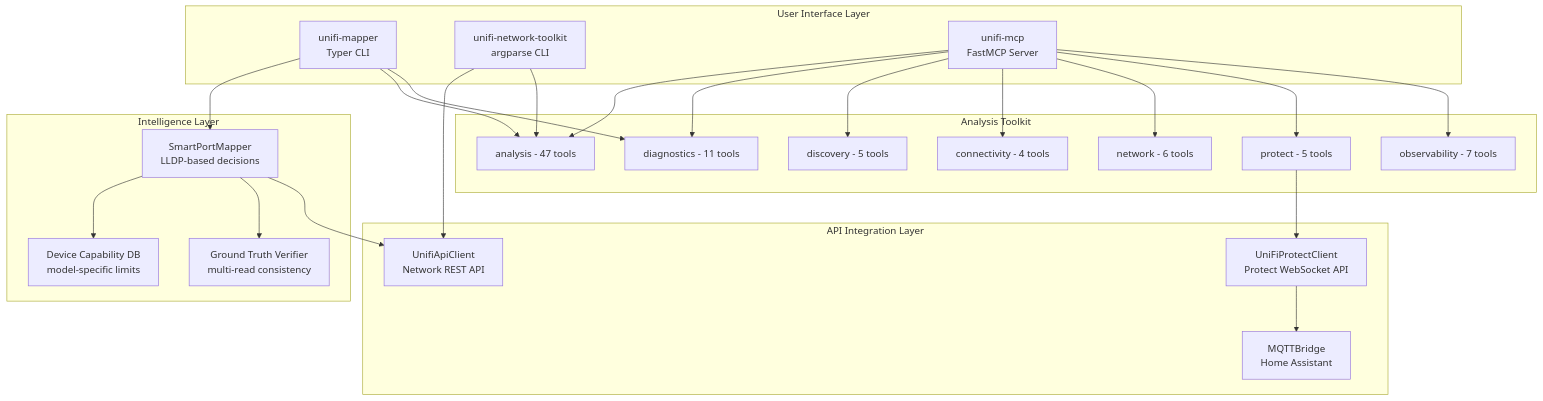
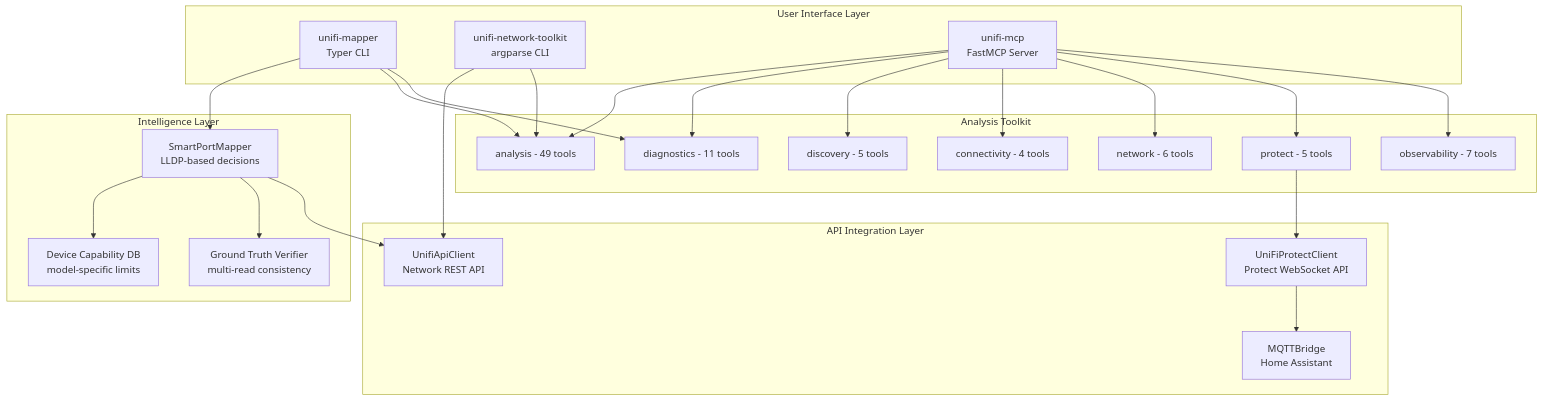
Before and after one commit to NetDevAutomate/unifi_management_cli: diagram 20 of 20 in docs/guides/use-cases-and-howto.md, drawn with Mermaid. The commit also changed other lines of this file and 19 other files, not shown here.

````diff
--- a/docs/guides/use-cases-and-howto.md
+++ b/docs/guides/use-cases-and-howto.md
@@ -1877,50 +1902,50 @@
 ```mermaid
 flowchart TB
     subgraph UI["User Interface Layer"]
         A[unifi-mapper<br/>Typer CLI]
         B[unifi-network-toolkit<br/>argparse CLI]
         C[unifi-mcp<br/>FastMCP Server]
     end
 
     subgraph Intel["Intelligence Layer"]
         D[SmartPortMapper<br/>LLDP-based decisions]
         E[Device Capability DB<br/>model-specific limits]
         F[Ground Truth Verifier<br/>multi-read consistency]
     end
 
     subgraph Analysis["Analysis Toolkit"]
-        G[analysis - 47 tools]
+        G[analysis - 49 tools]
         H[diagnostics - 11 tools]
         I[discovery - 5 tools]
         J[connectivity - 4 tools]
         K[network - 6 tools]
         L[protect - 5 tools]
         P[observability - 7 tools]
     end
 
     subgraph API["API Integration Layer"]
         M[UnifiApiClient<br/>Network REST API]
         N[UniFiProtectClient<br/>Protect WebSocket API]
         O[MQTTBridge<br/>Home Assistant]
     end
 
     A --> D
     A --> G
     A --> H
     B --> M
     B --> G
     C --> G
     C --> H
     C --> I
     C --> J
     C --> K
     C --> L
     C --> P
 
     D --> E
     D --> F
     D --> M
 
     L --> N
     N --> O
 ```
````
